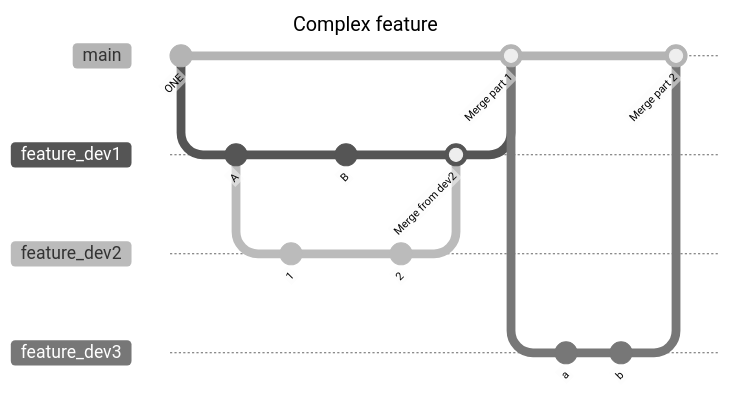
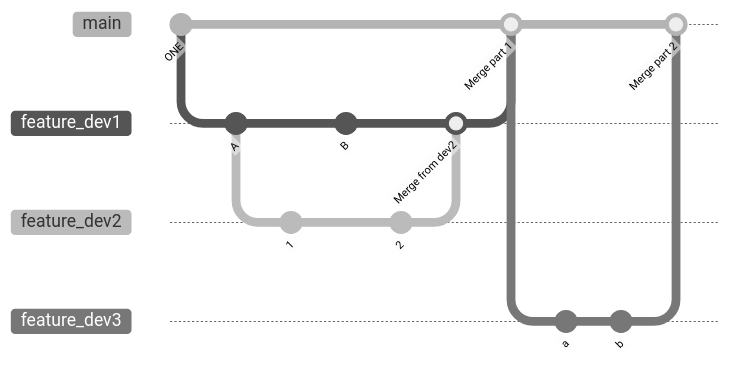
Before and after one commit to louisrubet/simplest-git-branching-model: the third of 5 diagrams in README.md, drawn with Mermaid (neutral theme). The commit also changed other lines of this file, not shown here.

Commit message:
Cleaner first graph and credits

````diff
--- a/README.md
+++ b/README.md
@@ -76,26 +76,23 @@
 ```mermaid
----
-title: Complex feature
----
 gitGraph
     commit id: "ONE"
     branch feature_dev1
     checkout main
     checkout feature_dev1
     commit id:"A"
     branch feature_dev2
     commit id:"1"
     checkout feature_dev1
     commit id:"B"
     checkout feature_dev2
     commit id:"2"
     checkout feature_dev1
     merge feature_dev2 id: "Merge from dev2"
     checkout main
     merge feature_dev1 id:"Merge part 1"
     branch feature_dev3
     commit id: "a"
     commit id: "b"
     checkout main
     merge feature_dev3 id: "Merge part 2"
 ```
````
